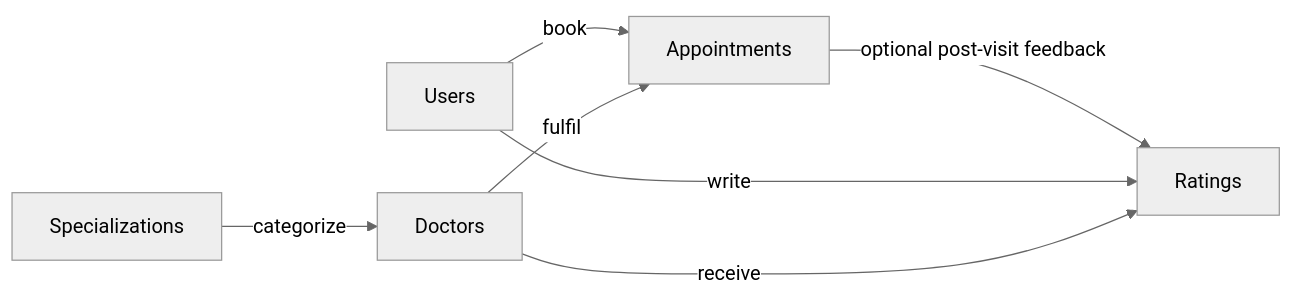
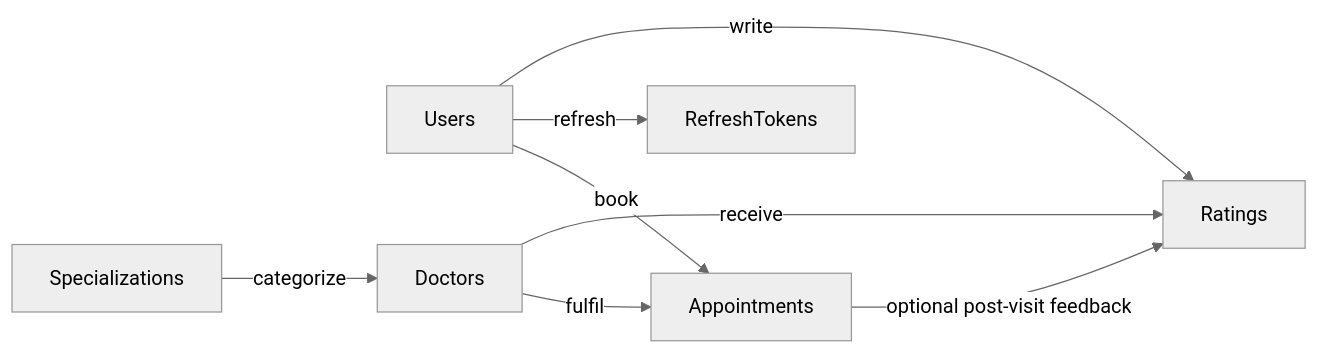
The second of 2 diagrams in documentation/ER_Diagram.md (HarshRaj2807/Capstone), drawn with Mermaid (neutral theme) before and after one commit. The commit also changed other lines of this file and 78 other files, not shown here.

````diff
--- a/documentation/ER_Diagram.md
+++ b/documentation/ER_Diagram.md
@@ -85,9 +96,10 @@
 ```mermaid
 flowchart LR
     U[Users] -->|book| A[Appointments]
+    U -->|refresh| RT[RefreshTokens]
     D[Doctors] -->|fulfil| A
     S[Specializations] -->|categorize| D
     A -->|optional post-visit feedback| R[Ratings]
     U -->|write| R
     D -->|receive| R
 ```
````
